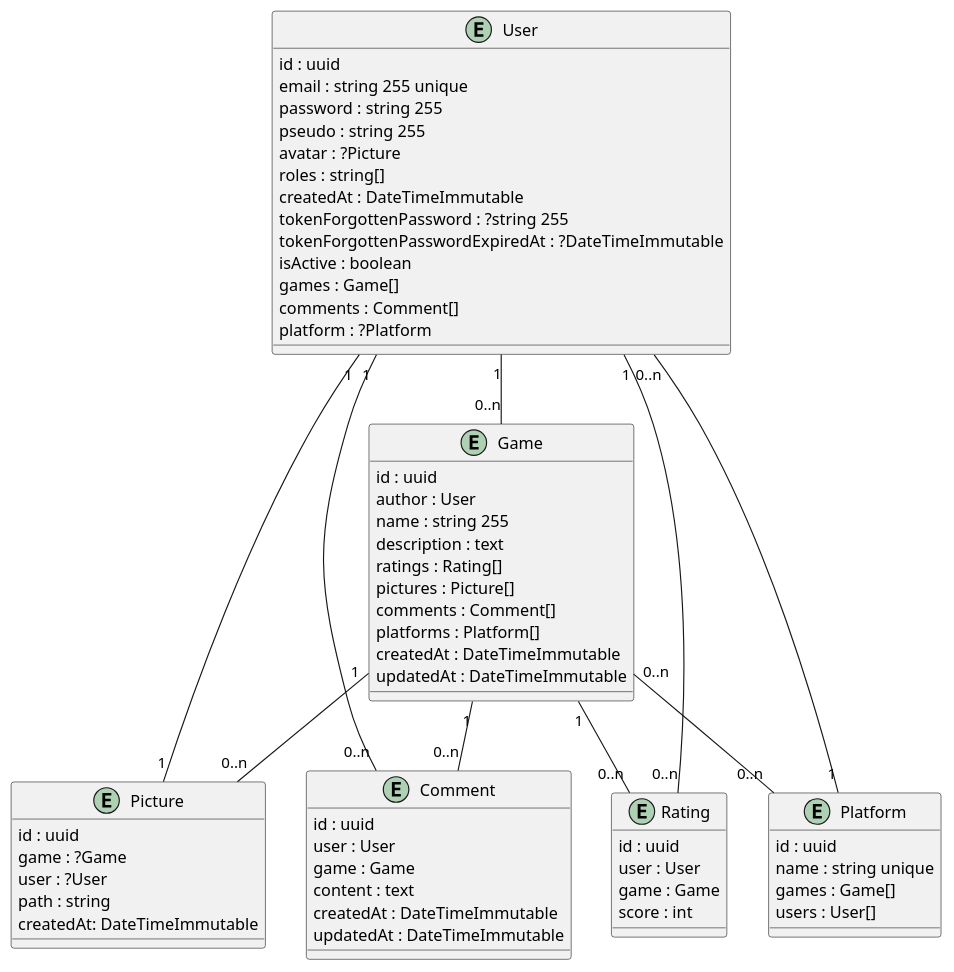
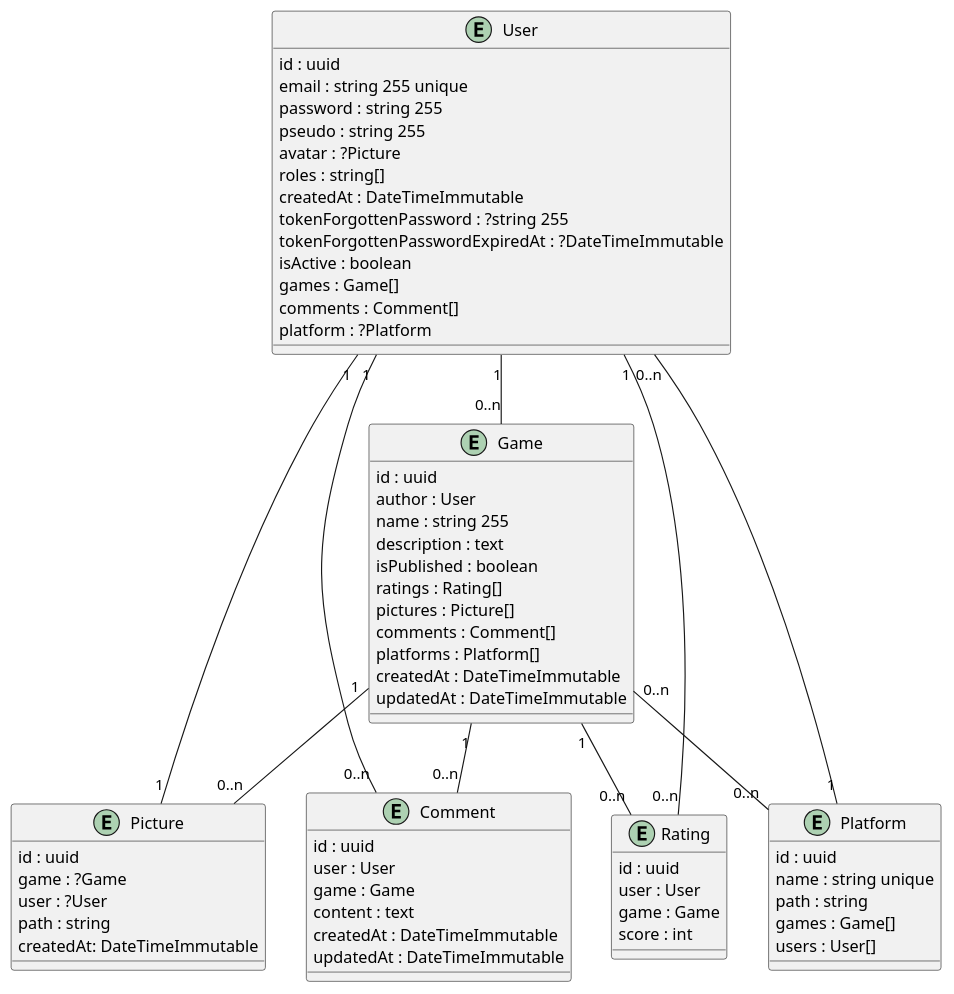
Before and after one commit to MH-DevApp/symf-oc-project: the diagram in db.plantuml, drawn with PlantUML. The commit also changed 26 other files, not shown here.

```diff
--- a/db.plantuml
+++ b/db.plantuml
@@ -1,82 +1,84 @@
 @startuml DB
 
 entity User
 {
   {field} id : uuid
   {field} email : string 255 unique
   {field} password : string 255
   {field} pseudo : string 255
   {field} avatar : ?Picture
   {field} roles : string[]
   {field} createdAt : DateTimeImmutable
   {field} tokenForgottenPassword : ?string 255
   {field} tokenForgottenPasswordExpiredAt : ?DateTimeImmutable
   {field} isActive : boolean
   {field} games : Game[]
   {field} comments : Comment[]
   {field} platform : ?Platform
 }
 
 entity Game
 {
   {field} id : uuid
   {field} author : User
   {field} name : string 255
   {field} description : text
+  {field} isPublished : boolean
   {field} ratings : Rating[]
   {field} pictures : Picture[]
   {field} comments : Comment[]
   {field} platforms : Platform[]
   {field} createdAt : DateTimeImmutable
   {field} updatedAt : DateTimeImmutable
 }
 
 entity Picture
 {
   {field} id : uuid
   {field} game : ?Game
   {field} user : ?User
   {field} path : string
   {field} createdAt: DateTimeImmutable
 }
 
 entity Comment
 {
   {field} id : uuid
   {field} user : User
   {field} game : Game
   {field} content : text
   {field} createdAt : DateTimeImmutable
   {field} updatedAt : DateTimeImmutable
 }
 
 entity Rating
 {
   {field} id : uuid
   {field} user : User
   {field} game : Game
   {field} score : int
 }
 
 entity Platform
 {
   {field} id : uuid
   {field} name : string unique
+  {field} path : string
   {field} games : Game[]
   {field} users : User[]
 }
 
 User "1" -- "0..n" Game
 User "1" -- "0..n" Comment
 User "1" -- "1" Picture
 
 Game "1" -- "0..n" Picture
 Game "1" -- "0..n" Comment
 Game "1" -- "0..n" Rating
 Game "0..n" -- "0..n" Platform
 
 Rating "0..n" -- "1" User
 
 Platform "1" -- "0..n" User
 
 @enduml
```
